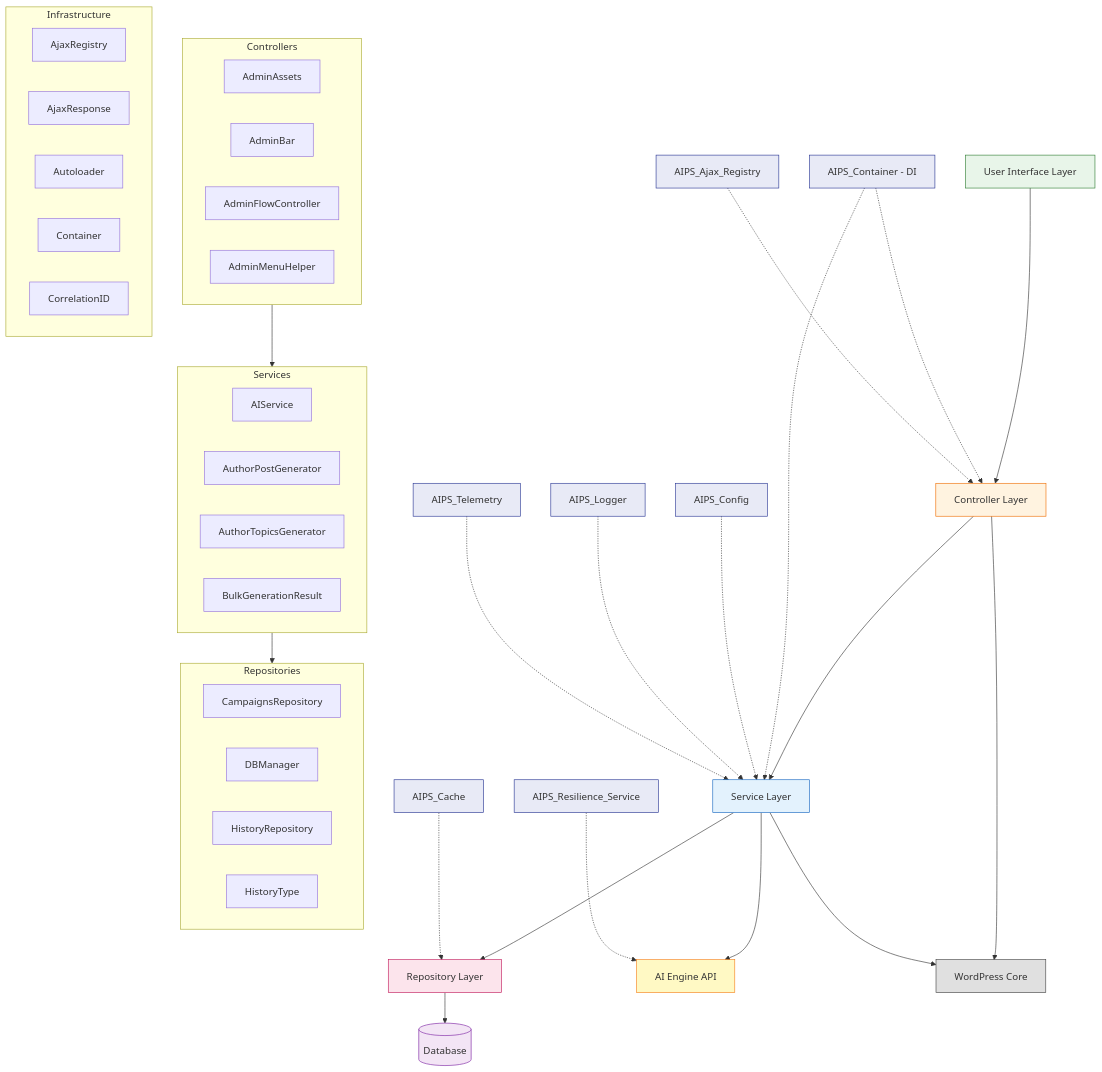
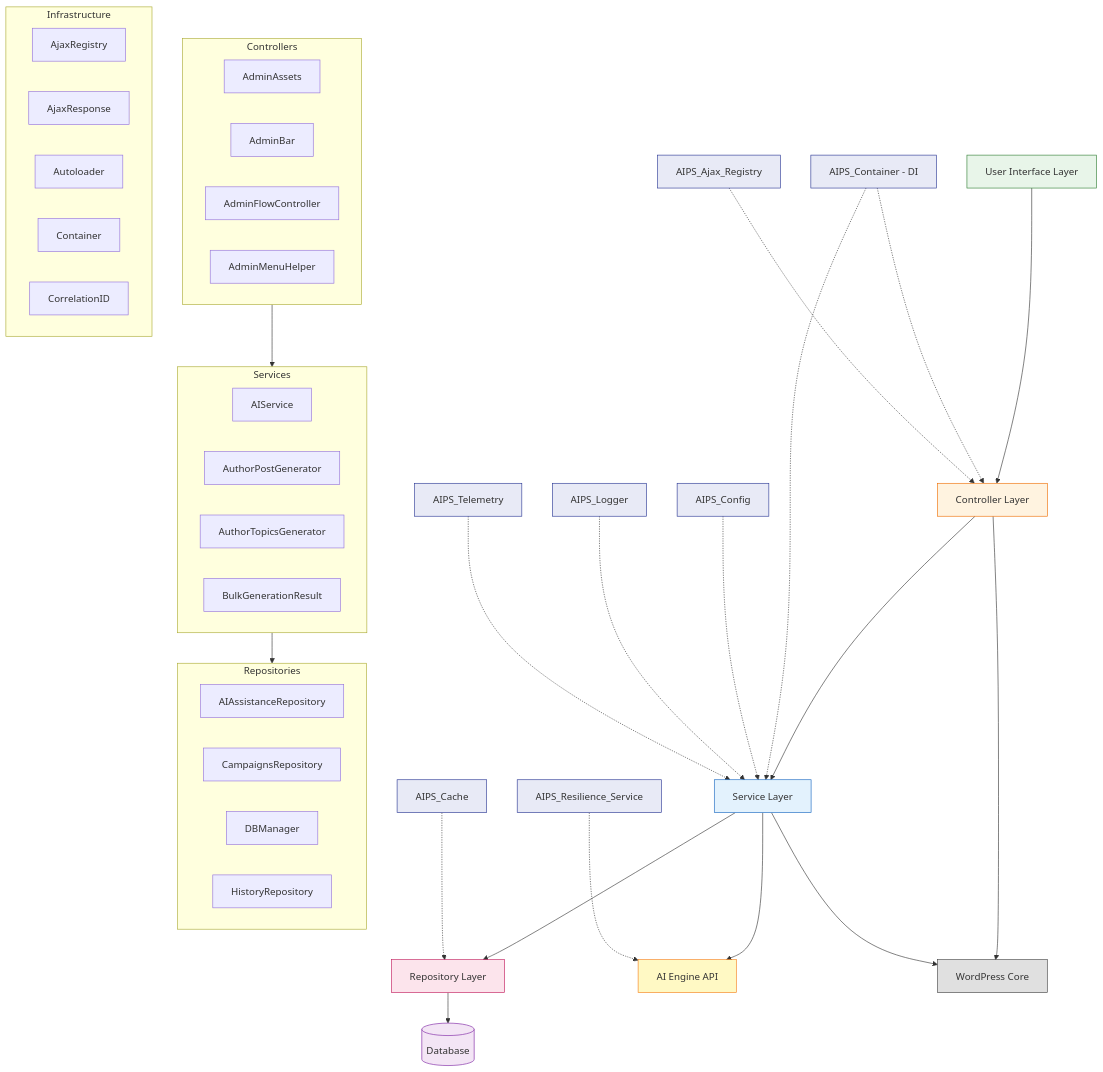
Before and after one commit to rpnunez/wp-ai-scheduler: the first of 19 diagrams in docs/feature-report.md, drawn with Mermaid. The commit also changed other lines of this file and 1 other file, not shown here.

```diff
--- a/docs/feature-report.md
+++ b/docs/feature-report.md
@@ -98,10 +98,10 @@
     end
 
     subgraph Repositories
+        AIAssistanceRepository
         CampaignsRepository
         DBManager
         HistoryRepository
-        HistoryType
     end
 
     subgraph Infrastructure
```
